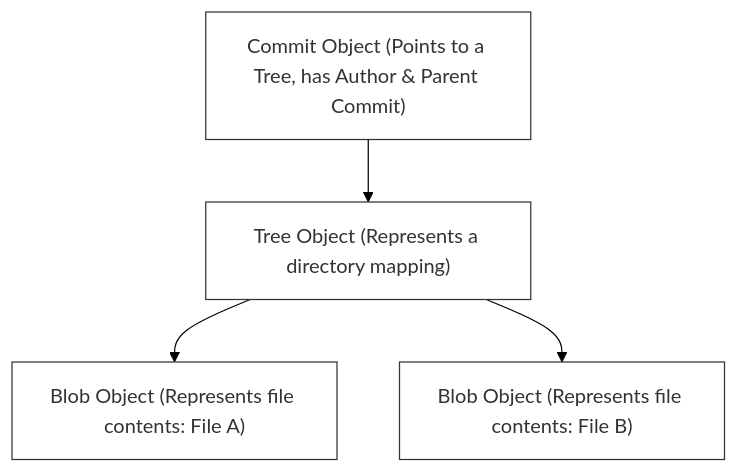
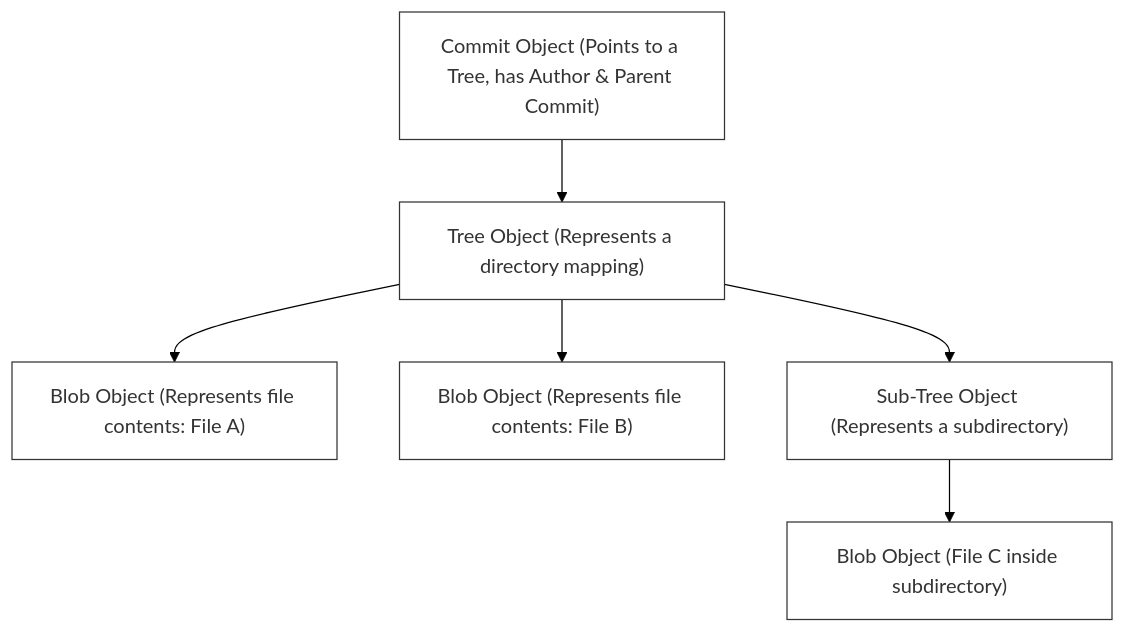
One commit to nishant-iith/learning-with-projects changed the first of 3 diagrams in foundation/f02-git-mastery/README.md. Above: the diagram before and after it, drawn with Mermaid (forest theme). The commit also changed other lines of this file and 61 other files, not shown here.

````diff
--- a/foundation/f02-git-mastery/README.md
+++ b/foundation/f02-git-mastery/README.md
@@ -13,8 +26,10 @@
 ```mermaid
 graph TD
     classDef default fill:#ffffff,stroke:#333333,stroke-width:1px,color:#333333;
 
     CommitObj["Commit Object (Points to a Tree, has Author & Parent Commit)"] --> TreeObj["Tree Object (Represents a directory mapping)"]
     TreeObj --> Blob1["Blob Object (Represents file contents: File A)"]
     TreeObj --> Blob2["Blob Object (Represents file contents: File B)"]
+    TreeObj --> SubTree["Sub-Tree Object (Represents a subdirectory)"]
+    SubTree --> Blob3["Blob Object (File C inside subdirectory)"]
 ```
````
